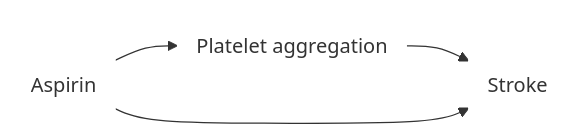
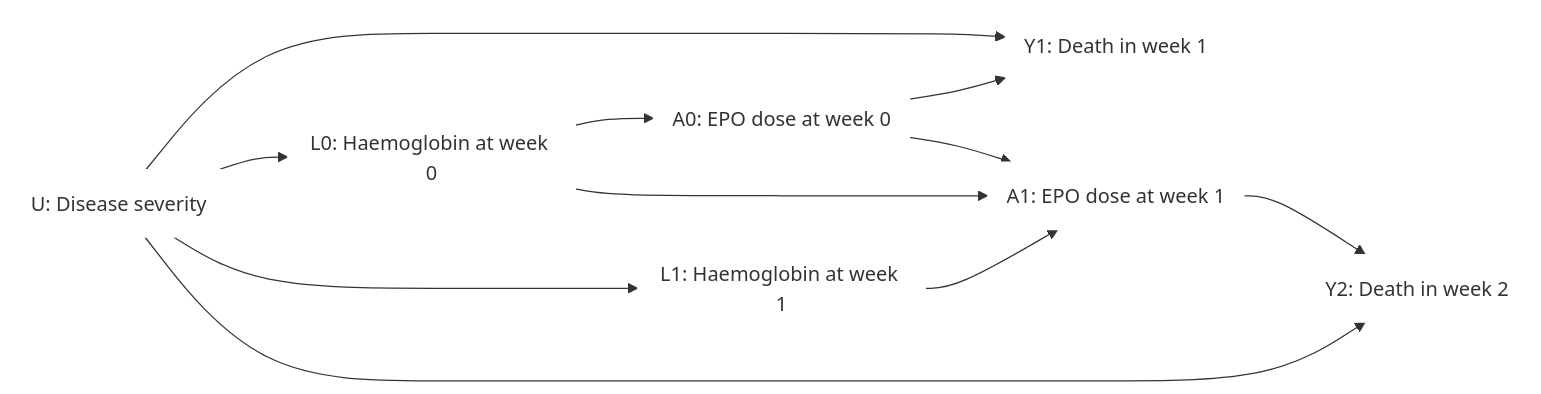
Before and after one commit to birth-outcomes/birth_outcomes_summary: the sixth of 14 diagrams in book_birth_outcomes_summary/design_causal_tosort.md, drawn with Mermaid. The commit also changed other lines of this file, not shown here.

`````diff
--- a/book_birth_outcomes_summary/design_causal_tosort.md
+++ b/book_birth_outcomes_summary/design_causal_tosort.md
@@ -150,14 +137,25 @@
 ````{mermaid}
   flowchart LR;
 
-    asp("Aspirin"):::white;
-    plat("Platelet aggregation"):::white;
-    stroke("Stroke"):::white;
+    a0("A0: EPO dose at week 0"):::white;
+    a1("A1: EPO dose at week 1"):::white;
+    y1("Y1: Death in week 1"):::white;
+    y2("Y2: Death in week 2"):::white;
+    l0("L0: Haemoglobin at week 0"):::white;
+    l1("L1: Haemoglobin at week 1"):::white;
+    u("U: Disease severity"):::white;
 
-    asp --> plat;
-    plat --> stroke;
-    asp --> stroke;
+    a0 --> y1;
+    u --> y1;
+    u --> l0;
+    l0 --> a0;
+    l0 --> a1;
+    a0 --> a1;
+    u --> l1;
+    l1 --> a1;
+    a1 --> y2;
+    u --> y2;
 
     classDef white fill:#FFFFFF, stroke:#FFFFFF
     classDef black fill:#FFFFFF, stroke:#000000
 ````
`````
